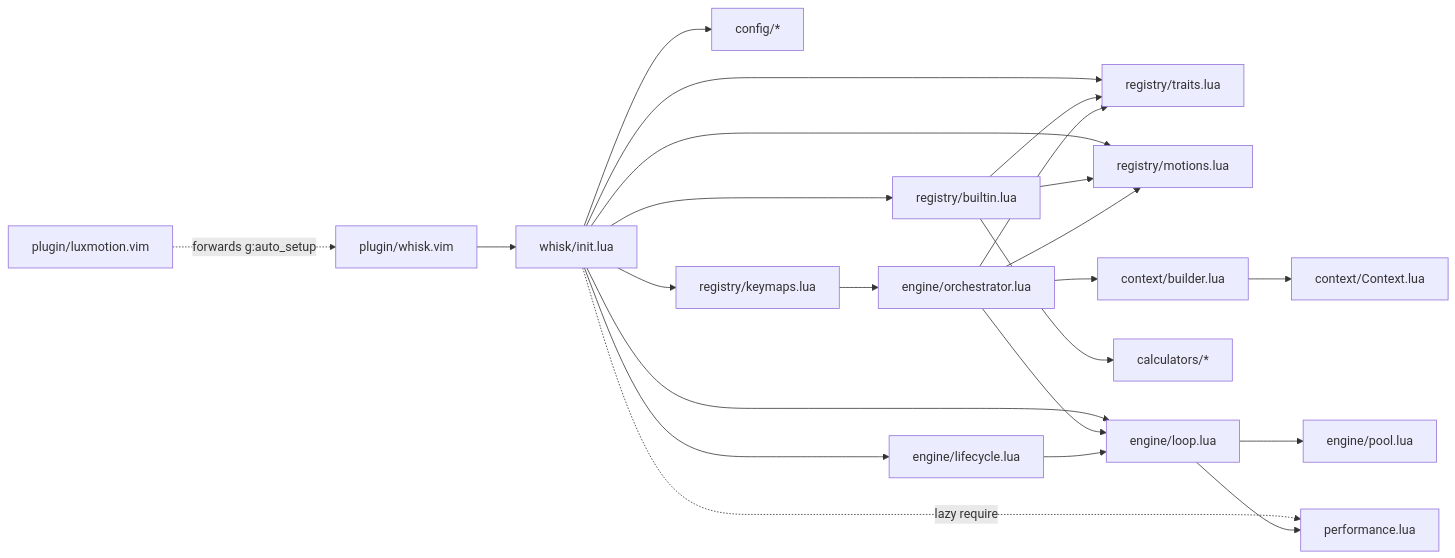
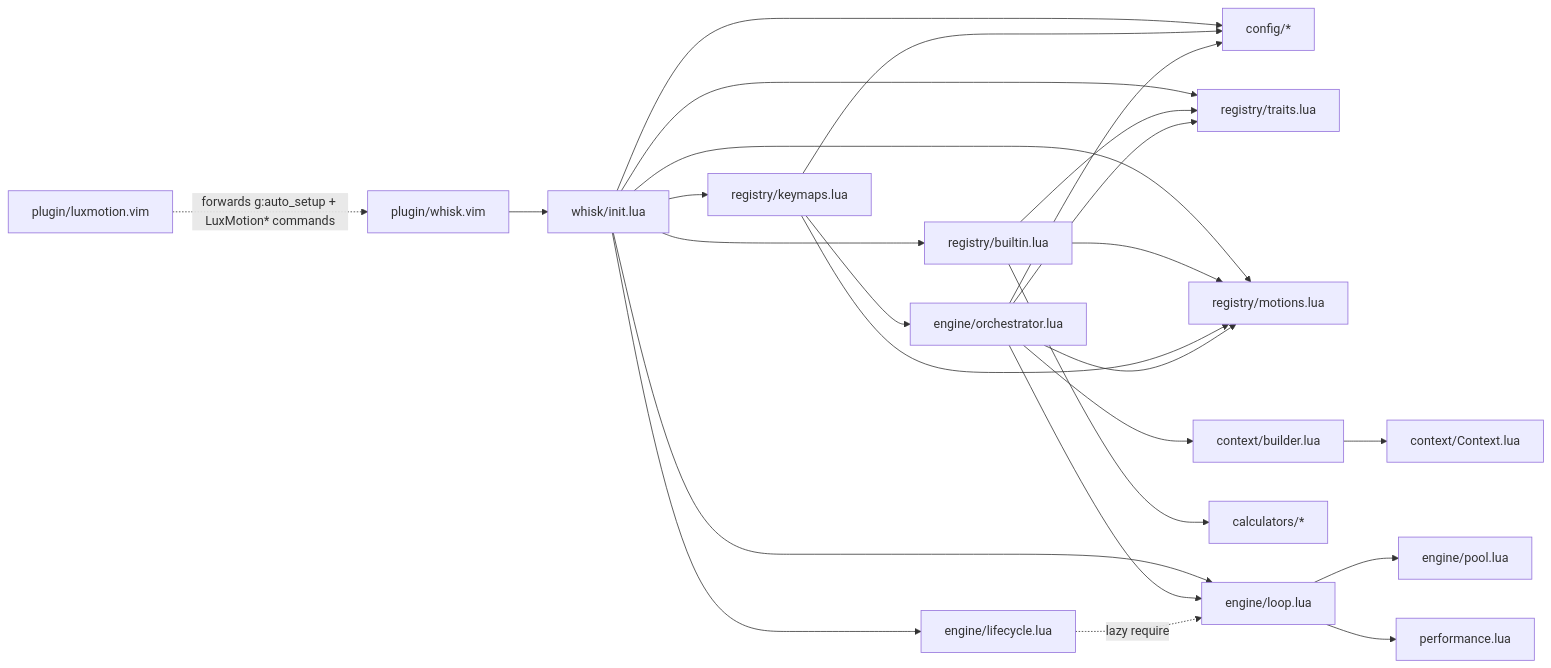
Before and after one commit to josstei/whisk.nvim: the second of 2 diagrams in docs/ARCHITECTURE.md, drawn with Mermaid. The commit also changed other lines of this file and 2 other files, not shown here.

Commit message:
docs: fix remaining audit findings from second review pass
README: add reset() description, note syntax disabling is conditional
on disable_syntax_during_scroll config.

USAGE: add reset() description.

ARCHITECTURE: fix dependency graph — add missing orch->config,
keymaps_reg->motions, keymaps_reg->config edges; change
lifecycle->loop to lazy (require inside setup()); remove misleading
init->perf lazy annotation since performance loads transitively
through loop; expand luxmotion.vim annotation to include command
aliases; note syntax disabling is conditional on config; document
is_valid guard in frame processing.

````diff
--- a/docs/ARCHITECTURE.md
+++ b/docs/ARCHITECTURE.md
@@ -99,28 +99,30 @@
 ```mermaid
 flowchart LR
-  shim[plugin/luxmotion.vim] -.->|forwards g:auto_setup| plugin[plugin/whisk.vim]
+  shim[plugin/luxmotion.vim] -.->|forwards g:auto_setup + LuxMotion* commands| plugin[plugin/whisk.vim]
   plugin --> init[whisk/init.lua]
   init --> config[config/*]
   init --> builtin[registry/builtin.lua]
   init --> keymaps_reg[registry/keymaps.lua]
   init --> traits_reg[registry/traits.lua]
   init --> motions[registry/motions.lua]
   init --> loop[engine/loop.lua]
   init --> lifecycle[engine/lifecycle.lua]
-  init -.->|lazy require| perf[performance.lua]
 
   builtin --> motions
   builtin --> traits_reg
   builtin --> calcs[calculators/*]
 
+  keymaps_reg --> motions
+  keymaps_reg --> config
   keymaps_reg --> orch[engine/orchestrator.lua]
   orch --> motions
   orch --> traits_reg
+  orch --> config
   orch --> builder[context/builder.lua]
   orch --> loop
 
   builder --> ctx[context/Context.lua]
   loop --> pool[engine/pool.lua]
-  loop --> perf
-  lifecycle --> loop
+  loop --> perf[performance.lua]
+  lifecycle -.->|lazy require| loop
 ```
````
